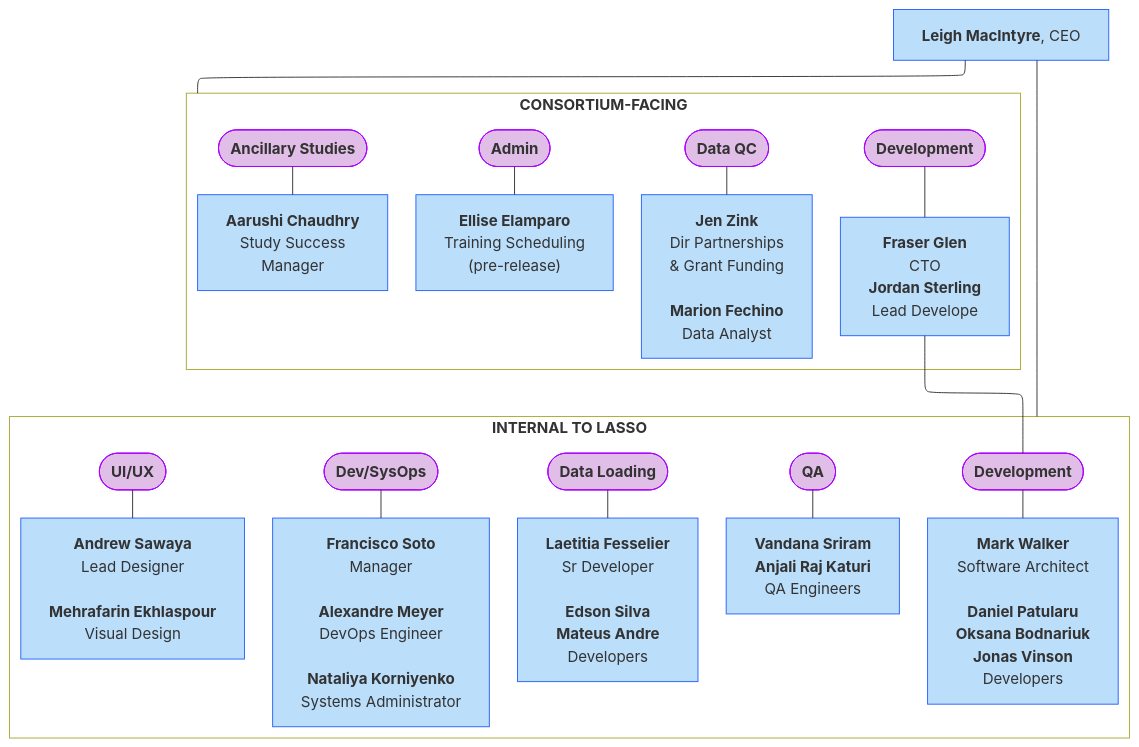
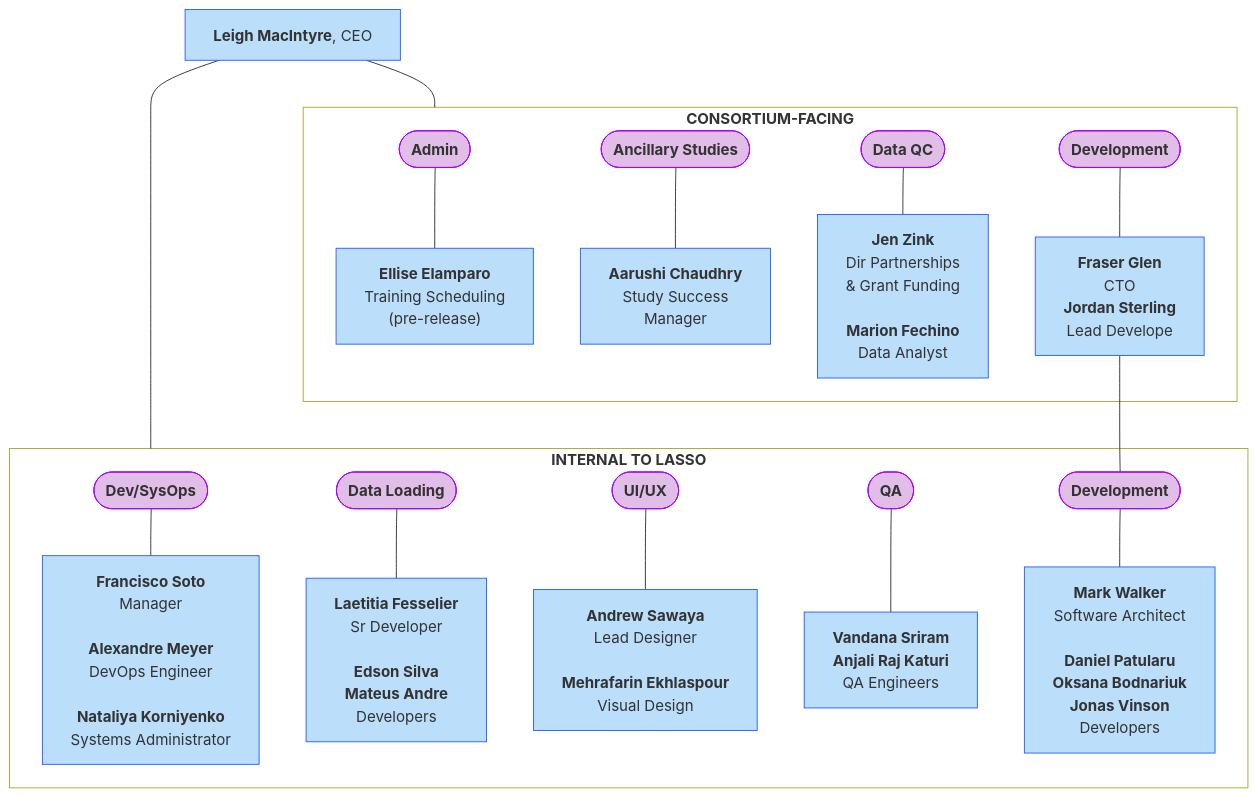
The second of 17 diagrams in docs/orgcharts_alt.md (DCAN-Labs/hbcd-docs-internal), drawn with Mermaid before and after one commit. The commit also changed other lines of this file and 1 other file, not shown here.

Commit message:
test extra config

````diff
--- a/docs/orgcharts_alt.md
+++ b/docs/orgcharts_alt.md
@@ -67,69 +67,65 @@
 ```mermaid
----
-config:
-  layout: elk
----
 flowchart TB
  subgraph s1["<b>INTERNAL TO LASSO</b>"]
         n23(["<b>Dev/SysOps</b>"])
         n24["<b>Francisco Soto</b><br>Manager<br>
     <b>Alexandre Meyer</b><br>DevOps Engineer<br><br><b>Nataliya Korniyenko<br></b>Systems Administrator"]
         n4(["<b>Data Loading</b>"])
         n9["<b>Laetitia Fesselier</b><br>Sr Developer<br>
     <b>Edson Silva</b><br><b>Mateus Andre</b><br>Developers"]
         n29(["<b>UI/UX</b>"])
         n30["<b>Andrew Sawaya</b><br>Lead Designer<br>
     <b>Mehrafarin Ekhlaspour</b><br>Visual Design"]
         n27(["<b>QA</b>"])
         n28["<b>Vandana Sriram</b><br><b>Anjali Raj Katuri<br></b>QA Engineers"]
         n31["<b>Mark Walker</b>
         Software Architect<br>
         <b>Daniel Patularu
         Oksana Bodnariuk
         Jonas Vinson</b>
         Developers"]
         n32(["<b>Development</b>"])
   end
  subgraph s2["<b>CONSORTIUM-FACING</b>"]
         B(["<b>Admin</b>"])
         n5["<b>Ellise Elamparo</b><br>Training Scheduling<br>(pre-release)"]
         n1(["<b>Ancillary Studies</b>"])
         n6["<b>Aarushi Chaudhry<br></b>Study Success<br>Manager"]
         n2(["<b>Data QC</b>"])
         n7["<b>Jen Zink<br></b>Dir Partnerships<br>&amp; Grant Funding<br><br><b>Marion Fechino</b><br>Data Analyst"]
         n22(["<b>Development</b>"])
         n26["<b>Fraser Glen<br></b>CTO<br><b>Jordan Sterling<br></b>Lead Develope"]
   end
     B --- n5
     n1 --- n6
     n2 --- n7
     n4 --- n9
     n23 --- n24
     n22 --- n26
     n27 --- n28
     n29 --- n30
     A["<b>Leigh MacIntyre</b>, CEO"] --- s2 & s1
     n32 --- n31
     n26 --- n32
     style n23 fill:#E1BEE7,stroke:#AA00FF
     style n24 fill:#BBDEFB,stroke:#2962FF
     style n4 fill:#E1BEE7,stroke:#AA00FF
     style n9 fill:#BBDEFB,stroke:#2962FF
     style n29 fill:#E1BEE7,stroke:#AA00FF
     style n30 fill:#BBDEFB,stroke:#2962FF
     style n27 fill:#E1BEE7,stroke:#AA00FF
     style n28 fill:#BBDEFB,stroke:#2962FF
     style n31 fill:#BBDEFB,stroke:#2962FF
     style n32 fill:#E1BEE7,stroke:#AA00FF
     style B fill:#E1BEE7,stroke:#AA00FF
     style n5 fill:#BBDEFB,stroke:#2962FF
     style n1 fill:#E1BEE7,stroke:#AA00FF
     style n6 fill:#BBDEFB,stroke:#2962FF
     style n2 fill:#E1BEE7,stroke:#AA00FF
     style n7 fill:#BBDEFB,stroke:#2962FF
     style n22 fill:#E1BEE7,stroke:#AA00FF
     style n26 fill:#BBDEFB,stroke:#2962FF
     style A fill:#BBDEFB,stroke:#2962FF
     style s2 fill:#FFFFFF
     style s1 fill:#FFFFFF
 ```
````
